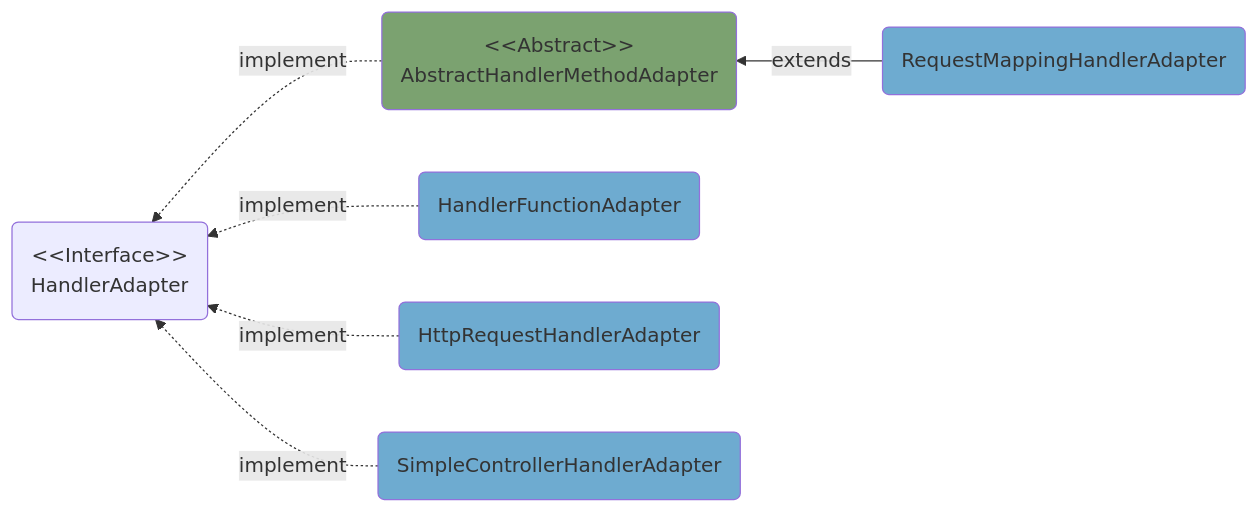
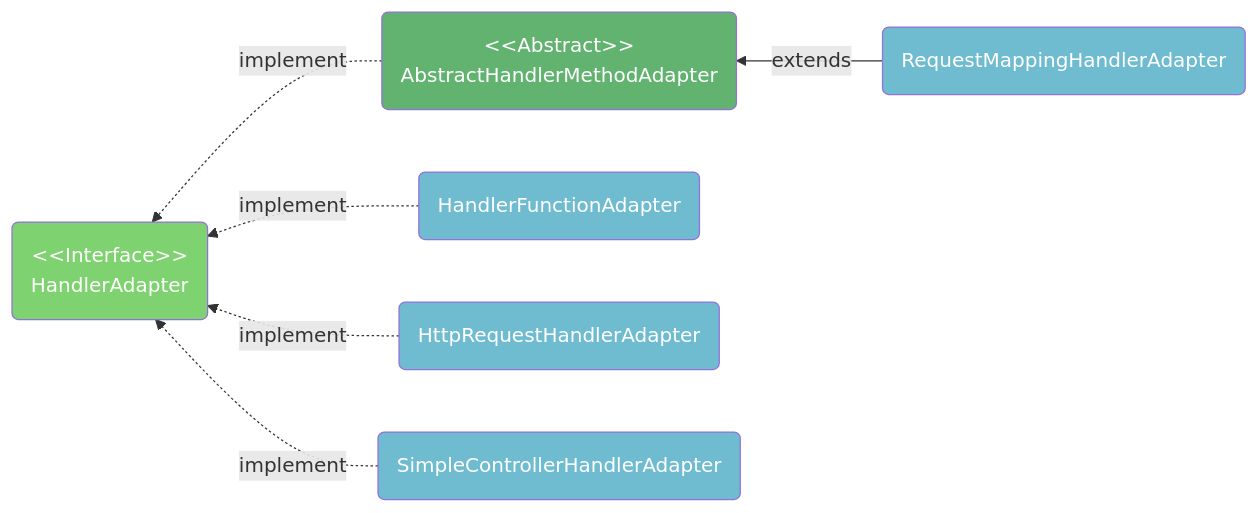
Before and after one commit to domeniczz/learnJavaDev: the ninth of 42 diagrams in DevTech/Spring.md, drawn with Mermaid. The commit also changed other lines of this file and 6 other files, not shown here.

````diff
--- a/DevTech/Spring.md
+++ b/DevTech/Spring.md
@@ -6105,9 +6205,10 @@
 ```mermaid
 flowchart RL
-  B("RequestMappingHandlerAdapter"):::sclass --"extends"--> A("&lt;&lt;Abstract&gt;&gt;<br/>AbstractHandlerMethodAdapter"):::aclass -."implement".-> I("&lt;&lt;Interface&gt;&gt;<br/>HandlerAdapter")
+  B("RequestMappingHandlerAdapter"):::sclass --"extends"--> A("&lt;&lt;Abstract&gt;&gt;<br/>AbstractHandlerMethodAdapter"):::aclass -."implement".-> I("&lt;&lt;Interface&gt;&gt;<br/>HandlerAdapter"):::iclass
   C("HandlerFunctionAdapter"):::sclass -."implement".-> I
   D("HttpRequestHandlerAdapter"):::sclass -."implement".-> I
   E("SimpleControllerHandlerAdapter"):::sclass -."implement".-> I
-  classDef sclass fill:#6eabd0;
-  classDef aclass fill:#7BA270;
+  classDef sclass fill:#6FBBD0,color:white;
+  classDef iclass fill:#7FD270,color:white;
+  classDef aclass fill:#62B270,color:white;
 ```
````
